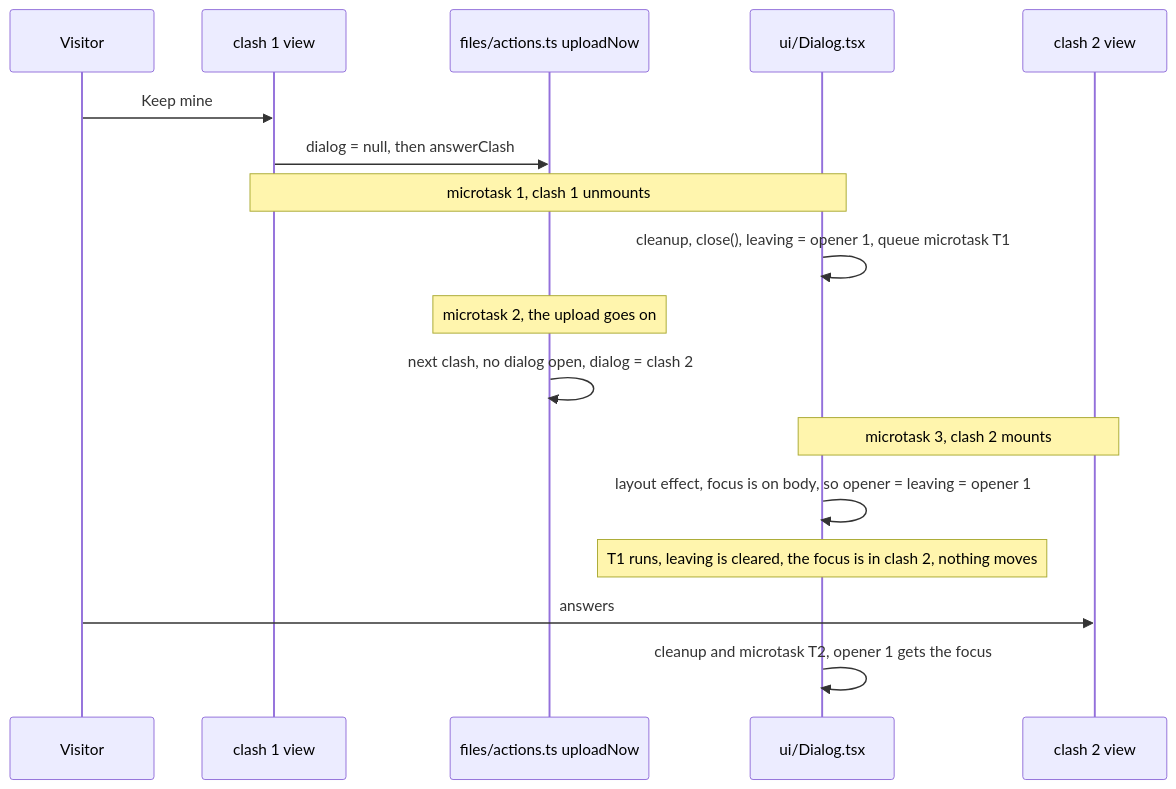
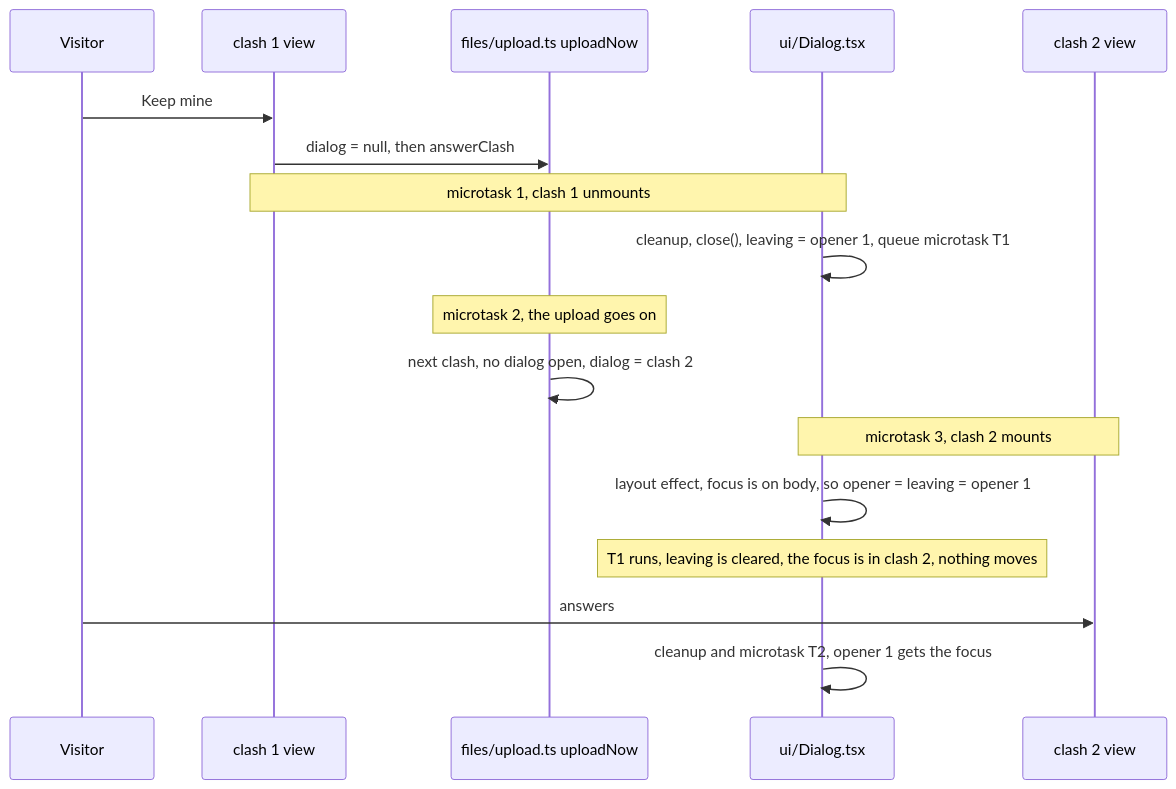
Before and after one commit to jeffzyliu/dofile: the second of 9 diagrams in docs/web-page-flows.md, drawn with Mermaid. The commit also changed other lines of this file and 17 other files, not shown here.

Commit message:
web: files/actions.ts split three ways: ops.ts (rename, new, delete, download), upload.ts (upload and its clash dialog), intake.ts (file inputs and drops)

````diff
--- a/docs/web-page-flows.md
+++ b/docs/web-page-flows.md
@@ -164,19 +164,19 @@
 ```mermaid
 sequenceDiagram
   participant V as Visitor
   participant C1 as clash 1 view
-  participant U as files/actions.ts uploadNow
+  participant U as files/upload.ts uploadNow
   participant D as ui/Dialog.tsx
   participant C2 as clash 2 view
   V->>C1: Keep mine
   C1->>U: dialog = null, then answerClash
   Note over C1,D: microtask 1, clash 1 unmounts
   D->>D: cleanup, close(), leaving = opener 1, queue microtask T1
   Note over U: microtask 2, the upload goes on
   U->>U: next clash, no dialog open, dialog = clash 2
   Note over C2,D: microtask 3, clash 2 mounts
   D->>D: layout effect, focus is on body, so opener = leaving = opener 1
   Note over D: T1 runs, leaving is cleared, the focus is in clash 2, nothing moves
   V->>C2: answers
   D->>D: cleanup and microtask T2, opener 1 gets the focus
 ```
````
